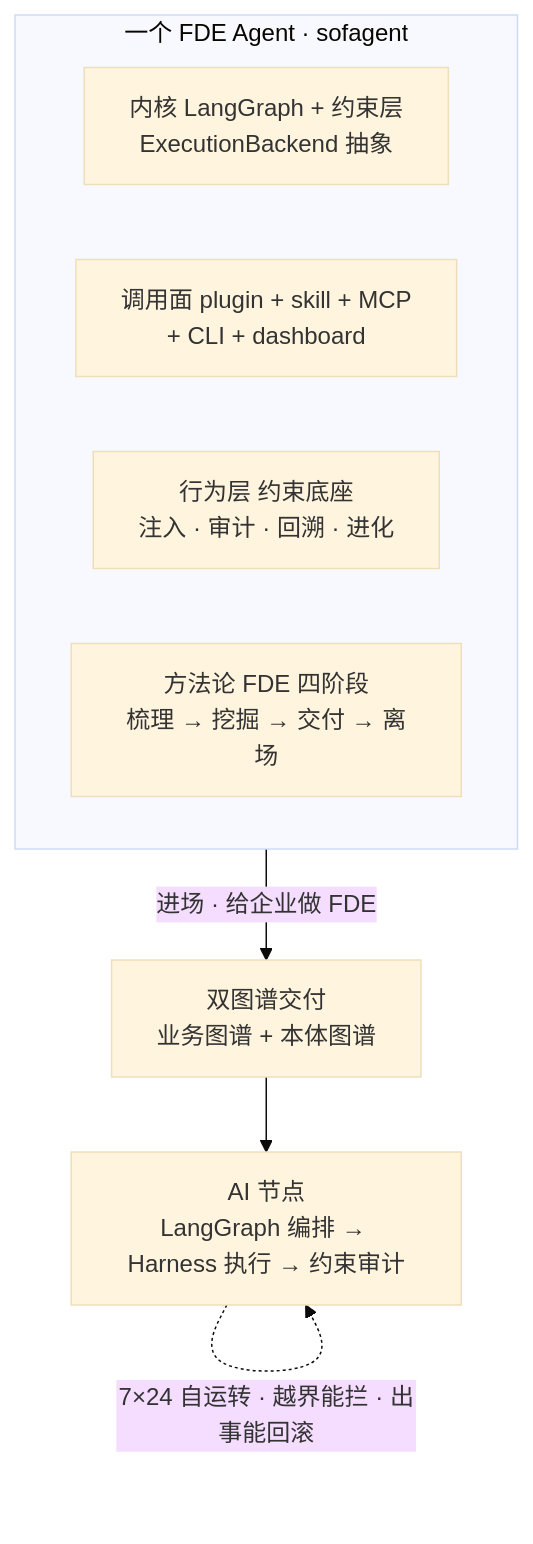
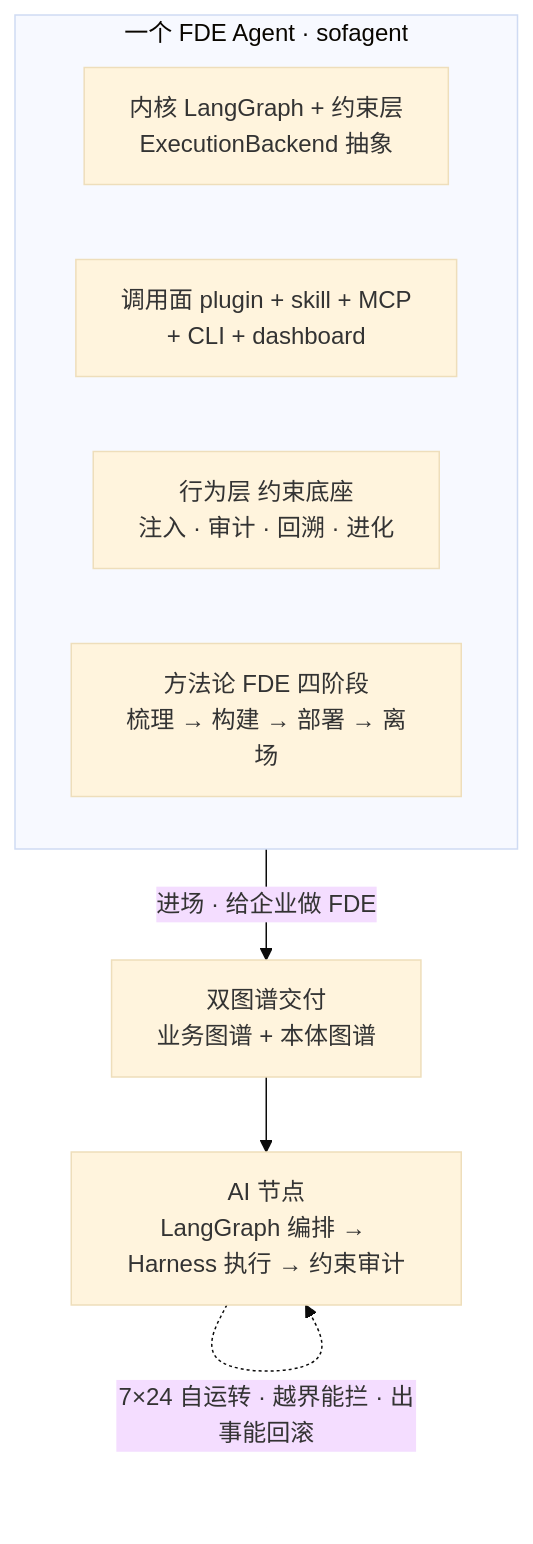
Before and after one commit to KongFangXun/sofagent: the first of 2 diagrams in README.md, drawn with Mermaid (base theme). The commit also changed other lines of this file and 2 other files, not shown here.

First line of the commit message:
docs(readme+dashboard): 收编 dashboard session——FDE 四阶段术语统一 + dashboard 截图更新

````diff
--- a/README.md
+++ b/README.md
@@ -44,12 +44,12 @@
 ```mermaid
 graph TB
     subgraph S["一个 FDE Agent · sofagent"]
         K["内核 LangGraph + 约束层<br/>ExecutionBackend 抽象"]
         I["调用面 plugin + skill + MCP<br/>+ CLI + dashboard"]
         B["行为层 约束底座<br/>注入 · 审计 · 回溯 · 进化"]
-        M["方法论 FDE 四阶段<br/>梳理 → 挖掘 → 交付 → 离场"]
+        M["方法论 FDE 四阶段<br/>梳理 → 构建 → 部署 → 离场"]
     end
     S -->|"进场 · 给企业做 FDE"| D["双图谱交付<br/>业务图谱 + 本体图谱"]
     D --> N["AI 节点<br/>LangGraph 编排 → Harness 执行 → 约束审计"]
     N -.->|"7×24 自运转 · 越界能拦 · 出事能回滚"| N
 ```
````
